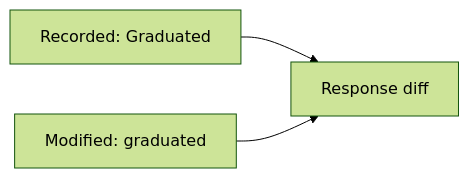
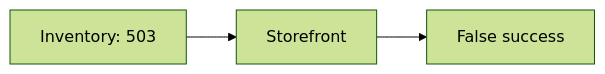
One commit to speedscale/mock-lab changed the third of 3 diagrams in AI-CONTEXT.md. Above: the diagram before and after it, drawn with Mermaid (forest theme). The commit also changed other lines of this file, not shown here.

Commit message:
docs: use inventory outage as the runtime feedback example

````diff
--- a/AI-CONTEXT.md
+++ b/AI-CONTEXT.md
@@ -72,5 +68,5 @@
 ```mermaid
 flowchart LR
-    A["Recorded: Graduated"] --> D["Response diff"]
-    B["Modified: graduated"] --> D
+    I["Inventory: 503"] --> S["Storefront"]
+    S --> F["False success"]
 ```
````
